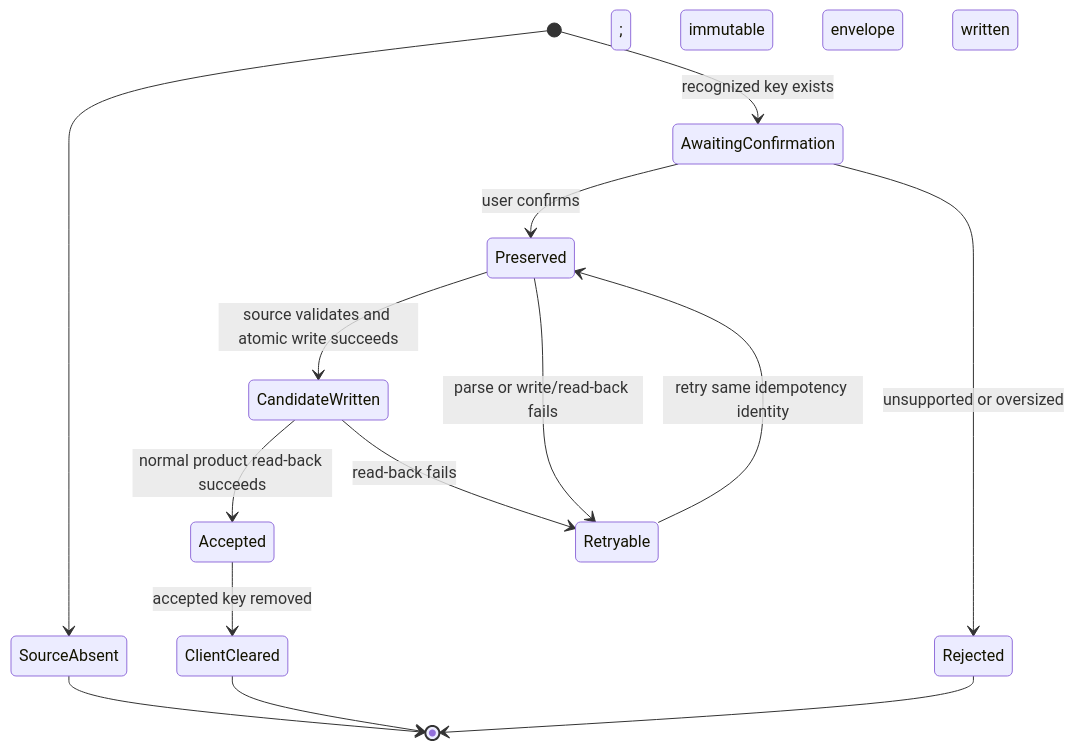
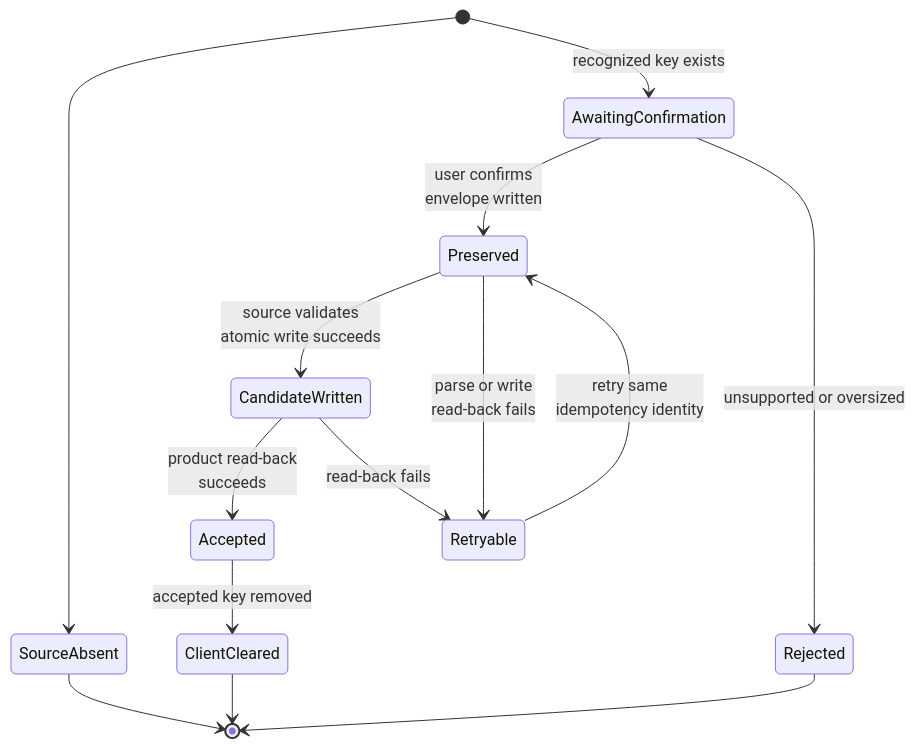
Before and after one commit to wahidyankf/beaver-nest: the diagram in plans/done/2026-08-26__bnest-centralized-data/tech-docs/migration-design.md, drawn with Mermaid. The commit also changed 16 other files, not shown here.

Commit message:
feat(badakmini): enforce Mermaid legibility

````diff
--- a/plans/done/2026-08-26__bnest-centralized-data/tech-docs/migration-design.md
+++ b/plans/done/2026-08-26__bnest-centralized-data/tech-docs/migration-design.md
@@ -100,16 +100,16 @@
 ```mermaid
 stateDiagram-v2
   [*] --> SourceAbsent
   [*] --> AwaitingConfirmation: recognized key exists
-  AwaitingConfirmation --> Preserved: user confirms; immutable envelope written
-  Preserved --> CandidateWritten: source validates and atomic write succeeds
-  CandidateWritten --> Accepted: normal product read-back succeeds
+  AwaitingConfirmation --> Preserved: user confirms<br/>envelope written
+  Preserved --> CandidateWritten: source validates<br/>atomic write succeeds
+  CandidateWritten --> Accepted: product read-back<br/>succeeds
   Accepted --> ClientCleared: accepted key removed
-  Preserved --> Retryable: parse or write/read-back fails
+  Preserved --> Retryable: parse or write<br/>read-back fails
   CandidateWritten --> Retryable: read-back fails
   AwaitingConfirmation --> Rejected: unsupported or oversized
-  Retryable --> Preserved: retry same idempotency identity
+  Retryable --> Preserved: retry same<br/>idempotency identity
   SourceAbsent --> [*]
   ClientCleared --> [*]
   Rejected --> [*]
 ```
````
